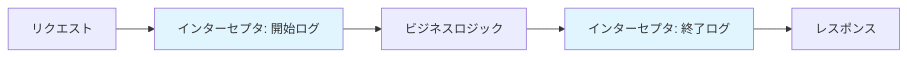
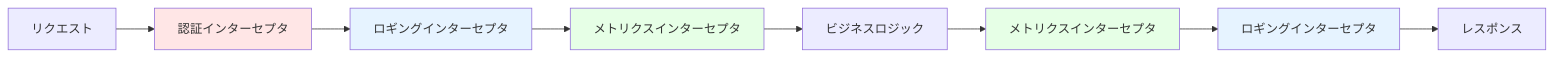
Before and after one commit to haru-256/tech-blog: the first of 5 diagrams in articles/connect-goのUnaryとStreamのインターセプタ解説.md, drawn with Mermaid. The commit also changed other lines of this file and 2 other files, not shown here.

````diff
--- a/articles/connect-goのUnaryとStreamのインターセプタ解説.md
+++ b/articles/connect-goのUnaryとStreamのインターセプタ解説.md
@@ -81,9 +107,15 @@
 ```mermaid
 flowchart LR
-    A[リクエスト] --> B[インターセプタ: 開始ログ]
-    B --> C[ビジネスロジック]
-    C --> D[インターセプタ: 終了ログ]
-    D --> E[レスポンス]
-    style B fill:#e1f5ff
-    style D fill:#e1f5ff
+    A[リクエスト] --> B[認証インターセプタ]
+    B --> C[ロギングインターセプタ]
+    C --> D[メトリクスインターセプタ]
+    D --> E[ビジネスロジック]
+    E --> F[メトリクスインターセプタ]
+    F --> G[ロギングインターセプタ]
+    G --> H[レスポンス]
+    style B fill:#ffe6e6
+    style C fill:#e6f3ff
+    style D fill:#e6ffe6
+    style F fill:#e6ffe6
+    style G fill:#e6f3ff
 ```
````
